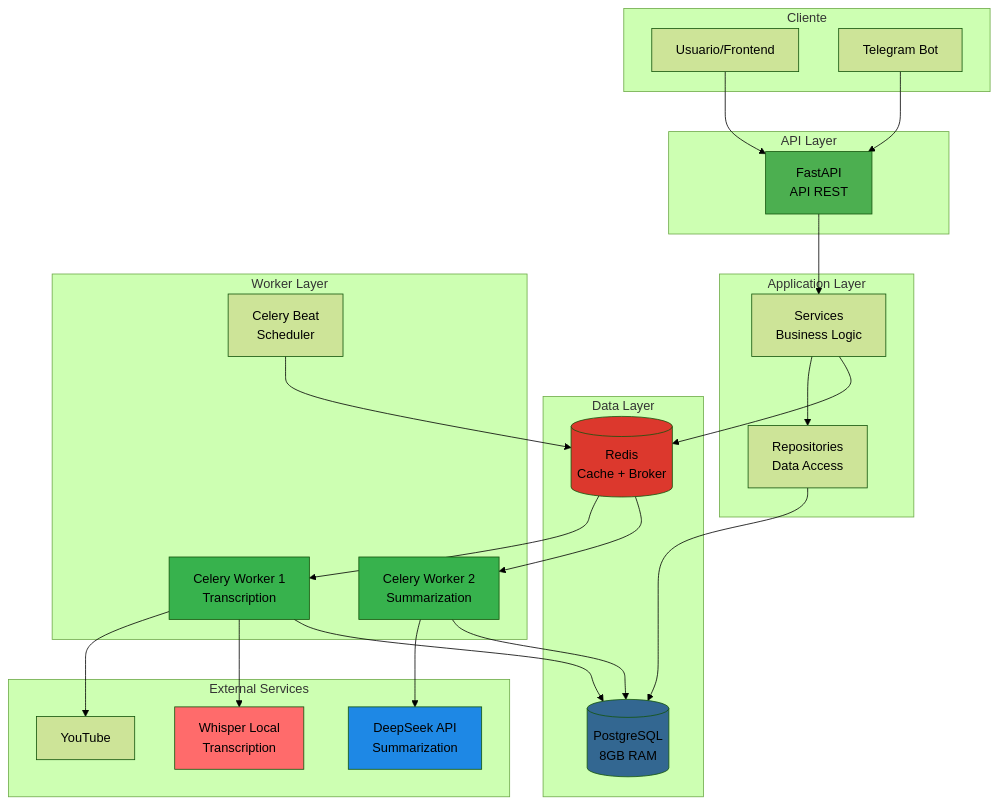
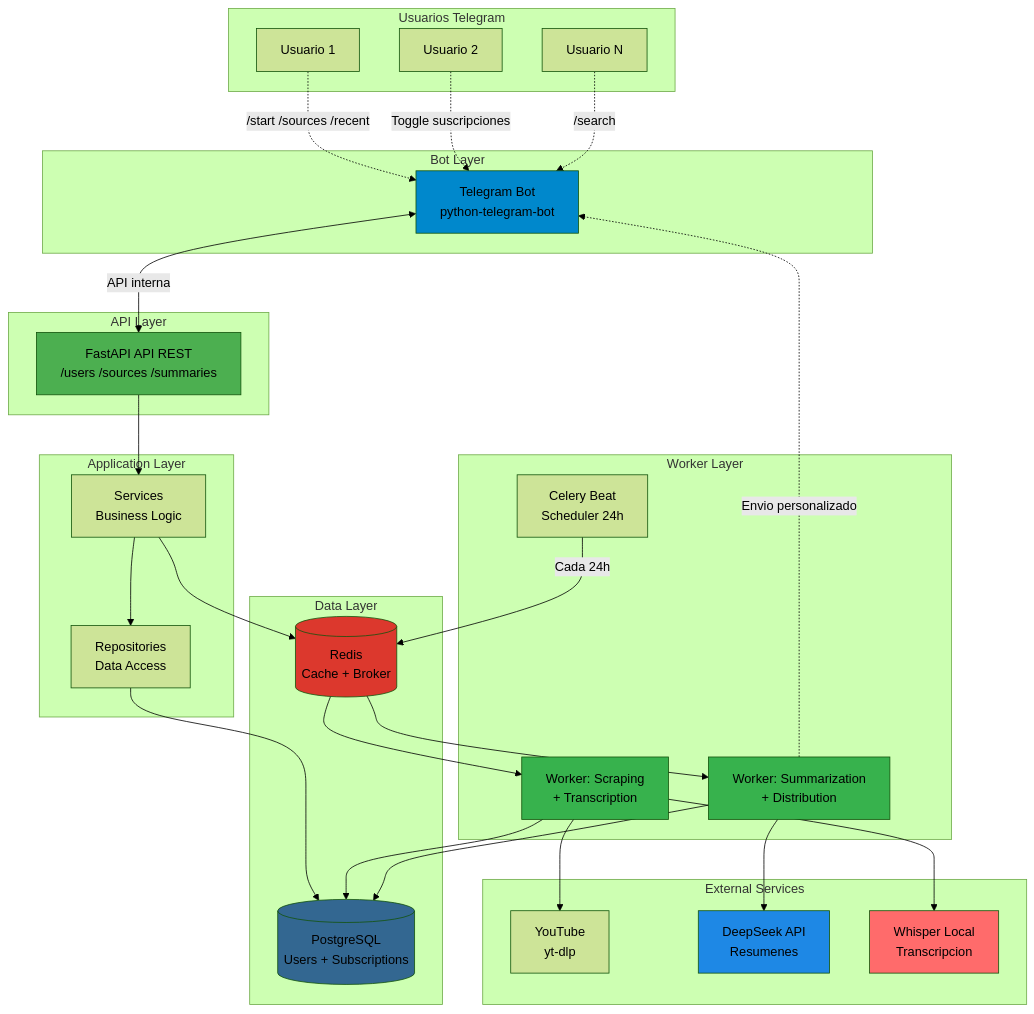
The first of 6 diagrams in docs/architecture.md (Prodelaya/youtube-AIsummary), drawn with Mermaid (forest theme) before and after one commit. The commit also changed other lines of this file and 1 other file, not shown here.

First line of the commit message:
docs: update architecture and roadmap for DeepSeek migration and multi-user bot

````diff
--- a/docs/architecture.md
+++ b/docs/architecture.md
@@ -187,59 +187,69 @@
 ```mermaid
 graph TB
-    subgraph "Cliente"
-        USER[Usuario/Frontend]
-        TGBOT[Telegram Bot]
+    subgraph "Usuarios Telegram"
+        USER1[Usuario 1]
+        USER2[Usuario 2]
+        USERN[Usuario N]
+    end
+
+    subgraph "Bot Layer"
+        TGBOT[Telegram Bot<br/>python-telegram-bot]
     end
 
     subgraph "API Layer"
-        API[FastAPI<br/>API REST]
+        API[FastAPI API REST<br/>/users /sources /summaries]
     end
 
     subgraph "Application Layer"
         SERVICES[Services<br/>Business Logic]
         REPOS[Repositories<br/>Data Access]
     end
 
     subgraph "Data Layer"
-        PG[(PostgreSQL<br/>8GB RAM)]
+        PG[(PostgreSQL<br/>Users + Subscriptions)]
         REDIS[(Redis<br/>Cache + Broker)]
     end
 
     subgraph "Worker Layer"
-        WORKER1[Celery Worker 1<br/>Transcription]
-        WORKER2[Celery Worker 2<br/>Summarization]
-        BEAT[Celery Beat<br/>Scheduler]
+        WORKER1[Worker: Scraping<br/>+ Transcription]
+        WORKER2[Worker: Summarization<br/>+ Distribution]
+        BEAT[Celery Beat<br/>Scheduler 24h]
     end
 
     subgraph "External Services"
-        YT[YouTube]
-        DEEPSEEK[DeepSeek API<br/>Summarization]
-        WHISPER[Whisper Local<br/>Transcription]
+        YT[YouTube<br/>yt-dlp]
+        DEEPSEEK[DeepSeek API<br/>Resumenes]
+        WHISPER[Whisper Local<br/>Transcripcion]
     end
 
-    USER --> API
-    TGBOT --> API
+    USER1 -.->|/start /sources /recent| TGBOT
+    USER2 -.->|Toggle suscripciones| TGBOT
+    USERN -.->|/search| TGBOT
+
+    TGBOT <-->|API interna| API
     API --> SERVICES
     SERVICES --> REPOS
     REPOS --> PG
     SERVICES --> REDIS
 
-    BEAT --> REDIS
+    BEAT -->|Cada 24h| REDIS
     REDIS --> WORKER1
     REDIS --> WORKER2
 
     WORKER1 --> YT
     WORKER1 --> WHISPER
     WORKER1 --> PG
 
     WORKER2 --> DEEPSEEK
     WORKER2 --> PG
+    WORKER2 -.->|Envio personalizado| TGBOT
 
+    style TGBOT fill:#0088cc
     style API fill:#4CAF50
     style PG fill:#336791
     style REDIS fill:#DC382D
     style WORKER1 fill:#37B24D
     style WORKER2 fill:#37B24D
     style WHISPER fill:#FF6B6B
     style DEEPSEEK fill:#1E88E5
 ```
````
